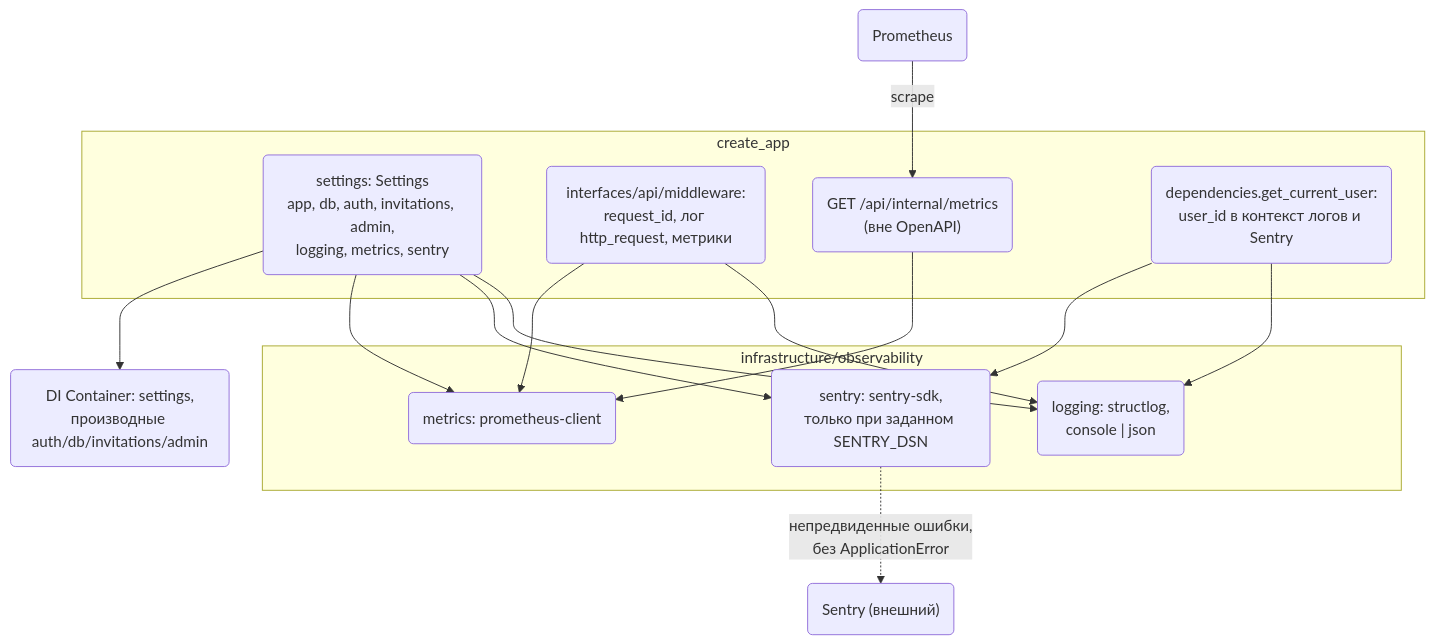
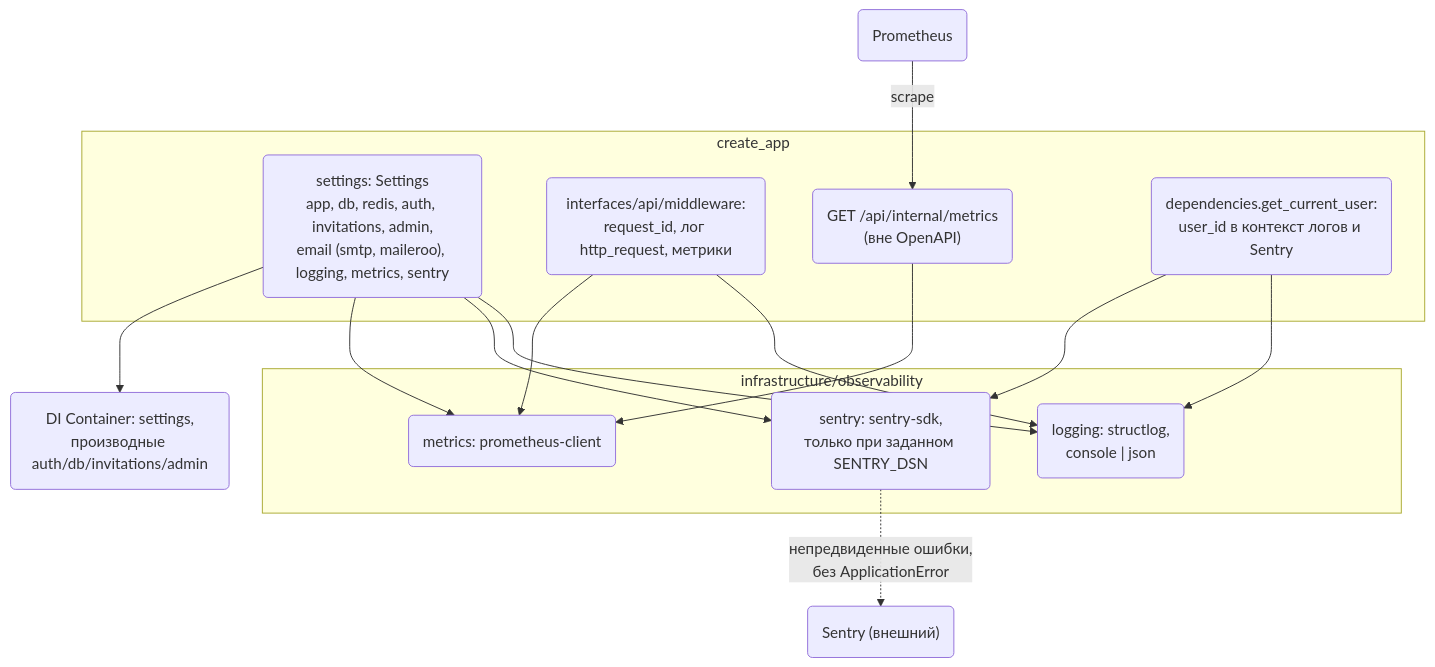
One commit to Daniil-Solo/Saas-Template changed the third of 4 diagrams in backend/docs/architecture/architecture.md. Above: the diagram before and after it, drawn with Mermaid. The commit also changed other lines of this file and 88 other files, not shown here.

````diff
--- a/backend/docs/architecture/architecture.md
+++ b/backend/docs/architecture/architecture.md
@@ -106,31 +108,31 @@
 ```mermaid
 flowchart TD
     subgraph App["create_app"]
-        settings("settings: Settings<br>app, db, auth, invitations, admin,<br>logging, metrics, sentry")
+        settings("settings: Settings<br>app, db, redis, auth, invitations, admin,<br>email (smtp, maileroo), logging, metrics, sentry")
         mw("interfaces/api/middleware:<br>request_id, лог http_request, метрики")
         metricsEp("GET /api/internal/metrics<br>(вне OpenAPI)")
         deps("dependencies.get_current_user:<br>user_id в контекст логов и Sentry")
     end
 
     subgraph Obs["infrastructure/observability"]
         logging("logging: structlog,<br>console | json")
         metrics("metrics: prometheus-client")
         sentry("sentry: sentry-sdk,<br>только при заданном SENTRY_DSN")
     end
 
     container("DI Container: settings,<br>производные auth/db/invitations/admin")
     prom("Prometheus")
     sentryExt("Sentry (внешний)")
 
     settings --> logging
     settings --> sentry
     settings --> metrics
     settings --> container
     mw --> logging
     mw --> metrics
     deps --> logging
     deps --> sentry
     metricsEp --> metrics
     prom -->|"scrape"| metricsEp
     sentry -.->|"непредвиденные ошибки,<br>без ApplicationError"| sentryExt
 ```
````
